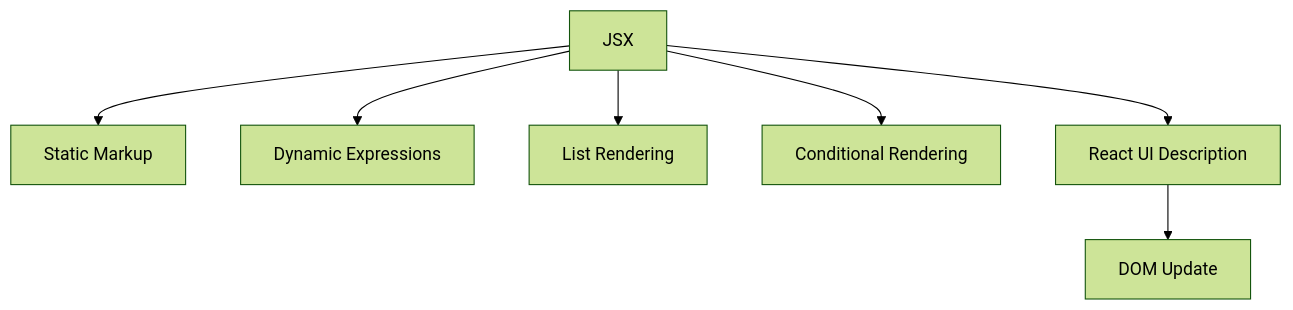
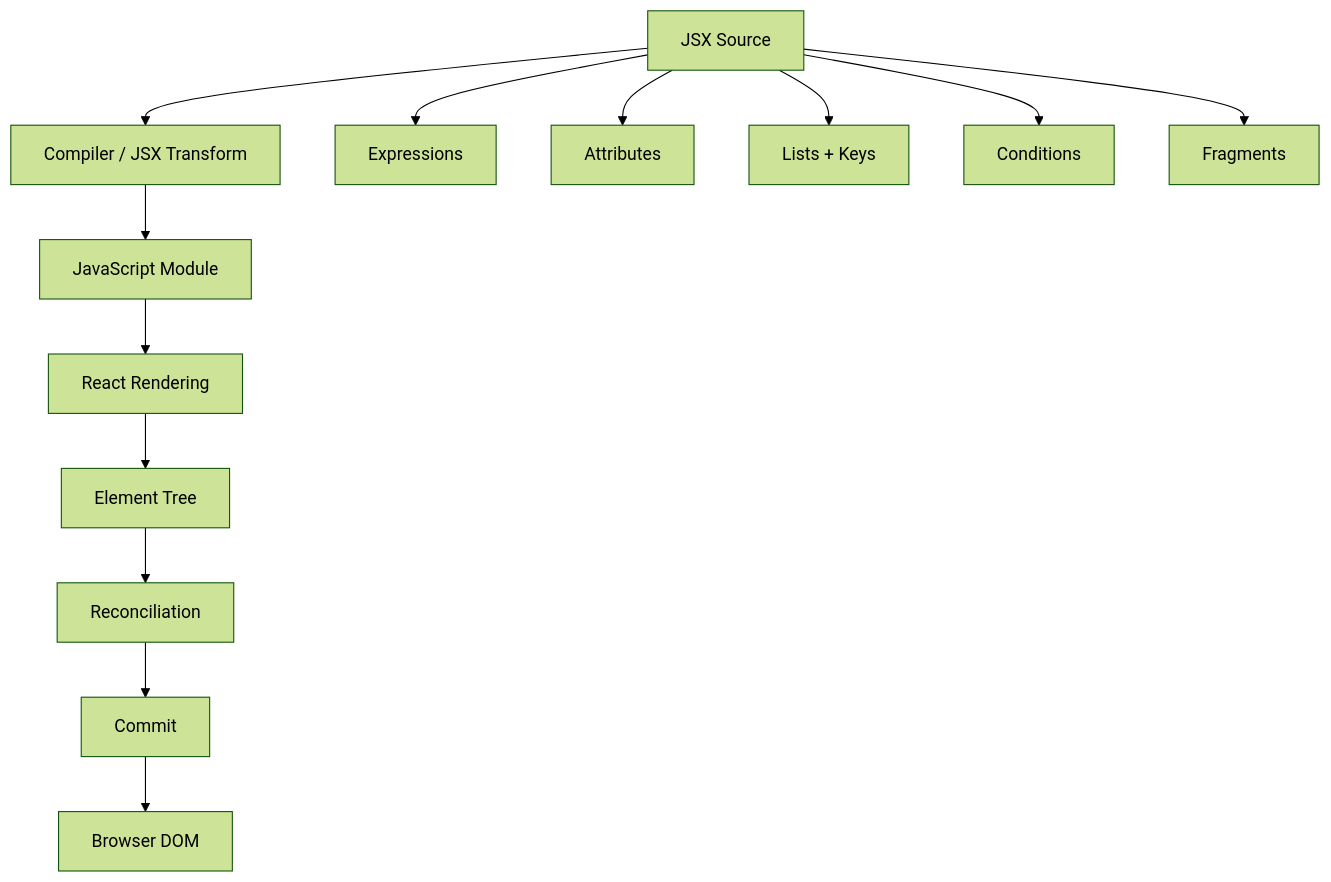
One commit to kaushalkumar8459/CodingTerminal-Tutorial-Notes changed the diagram in tutorial-platform/public/tutorials/react/day-003-jsx-fundamentals.md. Above: the diagram before and after it, drawn with Mermaid (forest theme). The commit also changed other lines of this file, not shown here.

Commit message:
Upgrade Day 3 React tutorial to production-quality 9.8-10/10

````diff
--- a/tutorial-platform/public/tutorials/react/day-003-jsx-fundamentals.md
+++ b/tutorial-platform/public/tutorials/react/day-003-jsx-fundamentals.md
@@ -299,9 +323,15 @@
 ```mermaid
 flowchart TD
-    A[JSX] --> B[Static Markup]
-    A --> C[Dynamic Expressions]
-    A --> D[List Rendering]
-    A --> E[Conditional Rendering]
-  A --> F[React UI Description]
-  F --> G[DOM Update]
+    A[JSX Source] --> B[Compiler / JSX Transform]
+    B --> C[JavaScript Module]
+    C --> D[React Rendering]
+    D --> E[Element Tree]
+    E --> F[Reconciliation]
+    F --> G[Commit]
+    G --> H[Browser DOM]
+    A --> I[Expressions]
+    A --> J[Attributes]
+    A --> K[Lists + Keys]
+    A --> L[Conditions]
+    A --> M[Fragments]
 ```
````
